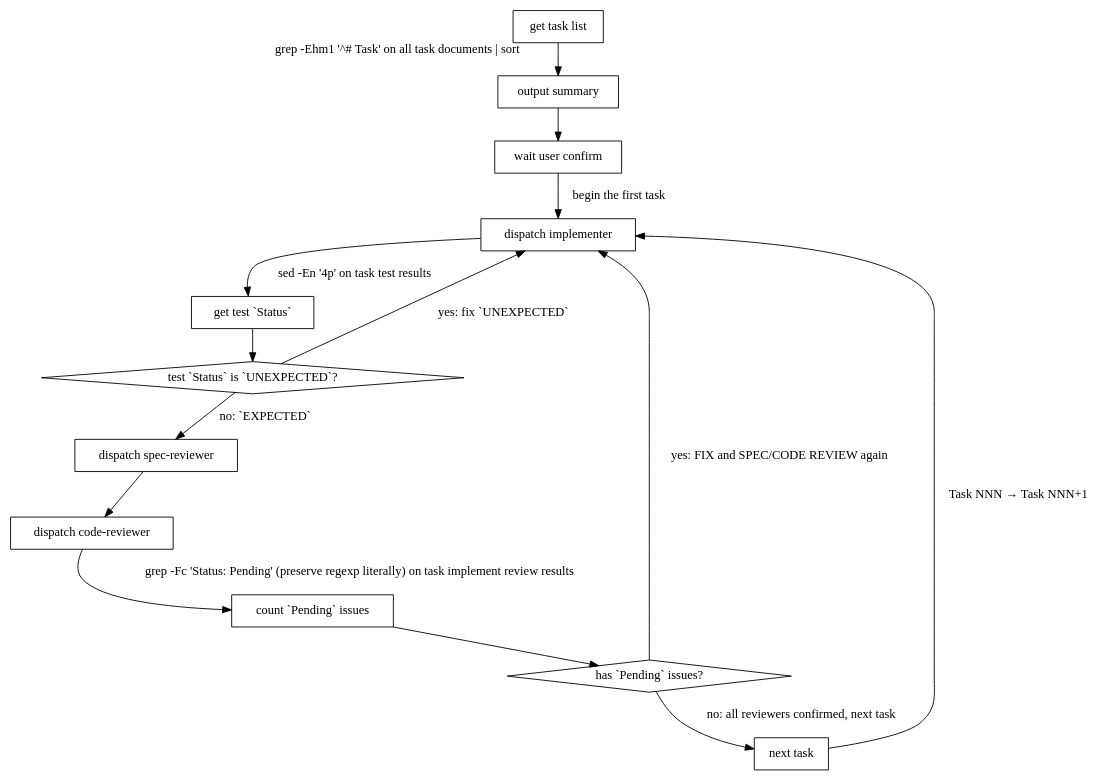
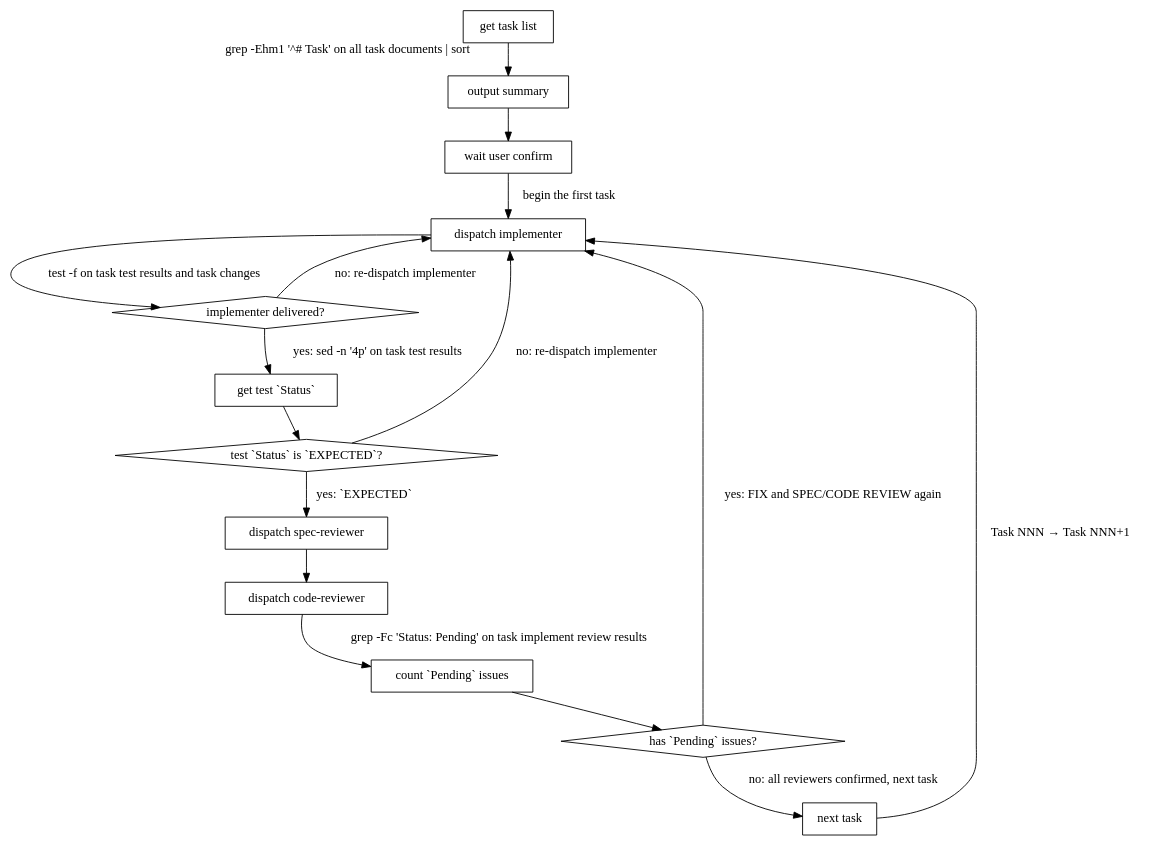
The diagram in skills/executing/SKILL.md (abadcafe/superteam), drawn with Graphviz before and after one commit. The commit also changed other lines of this file and 5 other files, not shown here.

````diff
--- a/skills/executing/SKILL.md
+++ b/skills/executing/SKILL.md
@@ -100,29 +101,32 @@
 ```dot
 digraph executing_flow {
   "get task list" [shape=box]
   "output summary" [shape=box]
   "wait user confirm" [shape=box]
   "dispatch implementer" [shape=box]
+  "implementer delivered?" [shape=diamond]
   "get test `Status`" [shape=box]
-  "test `Status` is `UNEXPECTED`?" [shape=diamond]
+  "test `Status` is `EXPECTED`?" [shape=diamond]
   "dispatch spec-reviewer" [shape=box]
   "dispatch code-reviewer" [shape=box]
   "count `Pending` issues" [shape=box]
   "has `Pending` issues?" [shape=diamond]
   "next task" [shape=box]
 
   "get task list" -> "output summary" [taillabel="grep -Ehm1 '^# Task' on all task documents | sort"]
   "output summary" -> "wait user confirm"
   "wait user confirm" -> "dispatch implementer" [label="begin the first task"]
-  "dispatch implementer" -> "get test `Status`" [label="sed -En '4p' on task test results"]
-  "get test `Status`" -> "test `Status` is `UNEXPECTED`?"
-  "test `Status` is `UNEXPECTED`?" -> "dispatch implementer" [label="yes: fix `UNEXPECTED`"]
-  "test `Status` is `UNEXPECTED`?" -> "dispatch spec-reviewer" [label="no: `EXPECTED`"]
+  "dispatch implementer" -> "implementer delivered?" [label="test -f on task test results and task changes"]
+  "implementer delivered?" -> "get test `Status`" [label="yes: sed -n '4p' on task test results"]
+  "implementer delivered?" -> "dispatch implementer" [label="no: re-dispatch implementer"]
+  "get test `Status`" -> "test `Status` is `EXPECTED`?"
+  "test `Status` is `EXPECTED`?" -> "dispatch spec-reviewer" [label="yes: `EXPECTED`"]
+  "test `Status` is `EXPECTED`?" -> "dispatch implementer" [label="no: re-dispatch implementer"]
   "dispatch spec-reviewer" -> "dispatch code-reviewer"
-  "dispatch code-reviewer" -> "count `Pending` issues" [label="grep -Fc 'Status: Pending' (preserve regexp literally) on task implement review results"]
+  "dispatch code-reviewer" -> "count `Pending` issues" [label="grep -Fc 'Status: Pending' on task implement review results"]
   "count `Pending` issues" -> "has `Pending` issues?"
   "has `Pending` issues?" -> "dispatch implementer" [label="yes: FIX and SPEC/CODE REVIEW again"]
   "has `Pending` issues?" -> "next task" [label="no: all reviewers confirmed, next task"]
   "next task" -> "dispatch implementer" [label="Task NNN → Task NNN+1"]
 }
 ```
````
